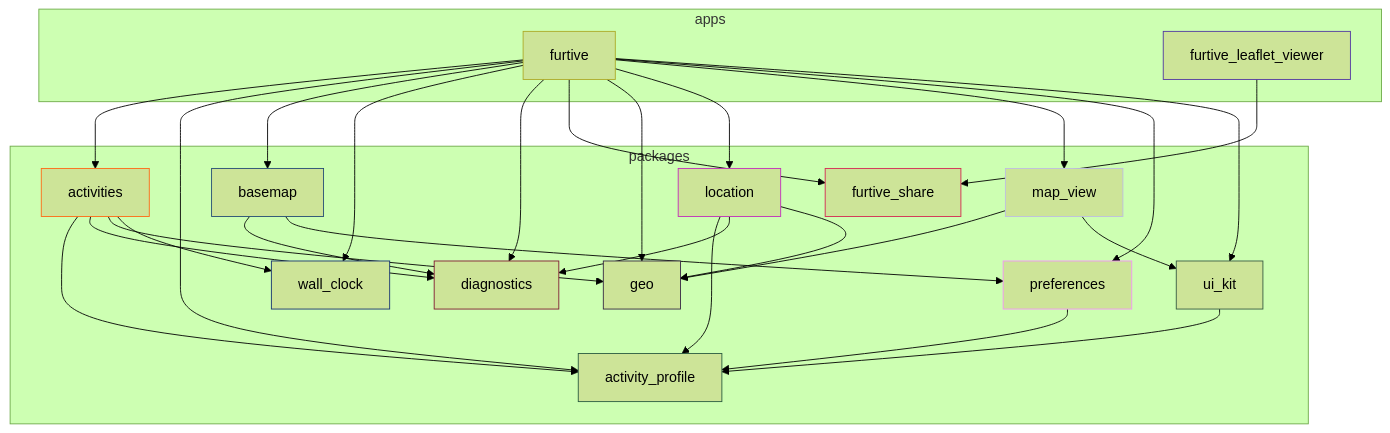
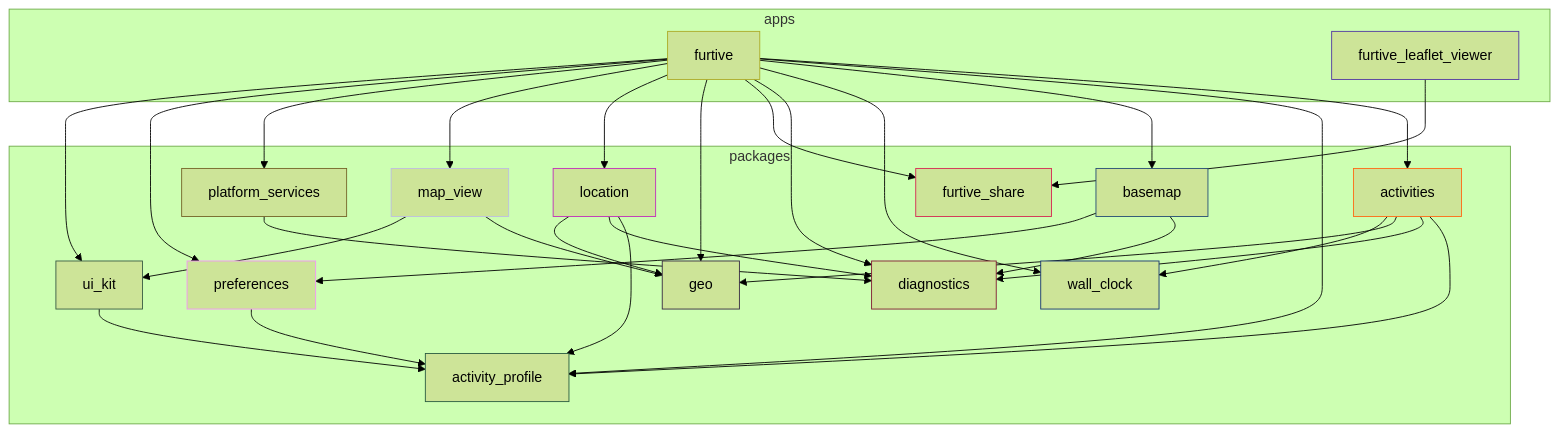
The diagram in docs/module-graph.md (ethicnology-agent/furtive), drawn with Mermaid (forest theme) before and after one commit. The commit also changed 47 other files, not shown here.

````diff
--- a/docs/module-graph.md
+++ b/docs/module-graph.md
@@ -5,71 +5,76 @@
 ```mermaid
 graph TD
   activities["activities"]
   style activities stroke:#ff6714
   activity_profile["activity_profile"]
   style activity_profile stroke:#295a3f
   basemap["basemap"]
   style basemap stroke:#244b75
   diagnostics["diagnostics"]
   style diagnostics stroke:#811832
   furtive["furtive"]
   style furtive stroke:#acaa26
   furtive_leaflet_viewer["furtive_leaflet_viewer"]
   style furtive_leaflet_viewer stroke:#5135a1
   furtive_share["furtive_share"]
   style furtive_share stroke:#d42752
   geo["geo"]
   style geo stroke:#362842
   location["location"]
   style location stroke:#c12dba
   map_view["map_view"]
   style map_view stroke:#bdbde1
+  platform_services["platform_services"]
+  style platform_services stroke:#746227
   preferences["preferences"]
   style preferences stroke:#f493f6
   ui_kit["ui_kit"]
   style ui_kit stroke:#375a43
   wall_clock["wall_clock"]
   style wall_clock stroke:#173271
   activities --> activity_profile
   activities --> diagnostics
   activities --> geo
   activities --> wall_clock
   basemap --> diagnostics
   basemap --> preferences
   furtive --> activities
   furtive --> activity_profile
   furtive --> basemap
   furtive --> wall_clock
   furtive --> diagnostics
   furtive --> furtive_share
   furtive --> geo
   furtive --> location
   furtive --> map_view
+  furtive --> platform_services
   furtive --> preferences
   furtive --> ui_kit
   furtive_leaflet_viewer --> furtive_share
   location --> activity_profile
   location --> diagnostics
   location --> geo
   map_view --> geo
   map_view --> ui_kit
+  platform_services --> diagnostics
   preferences --> activity_profile
   ui_kit --> activity_profile
   subgraph packages0 ["packages"]
     activities
     activity_profile
     basemap
     diagnostics
     furtive_share
     geo
     location
     map_view
+    platform_services
     preferences
     ui_kit
     wall_clock
   end
   subgraph apps1 ["apps"]
     furtive
     furtive_leaflet_viewer
   end
 ```
````
